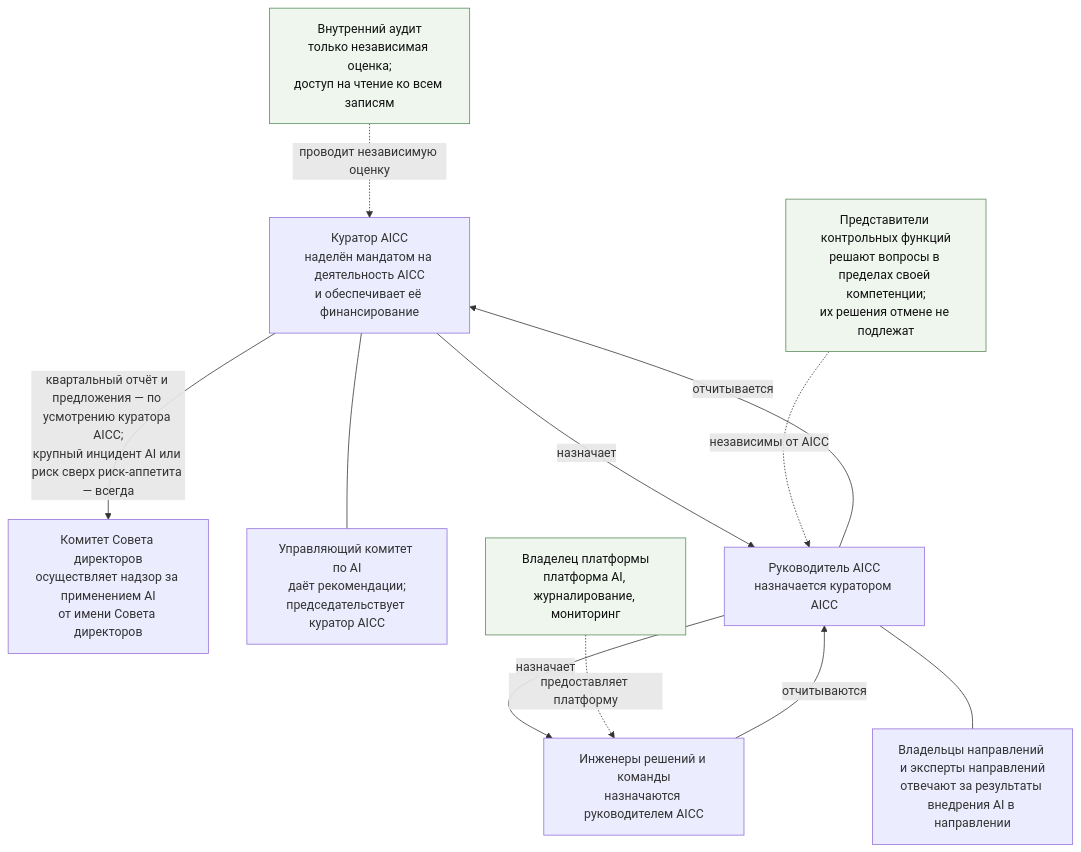
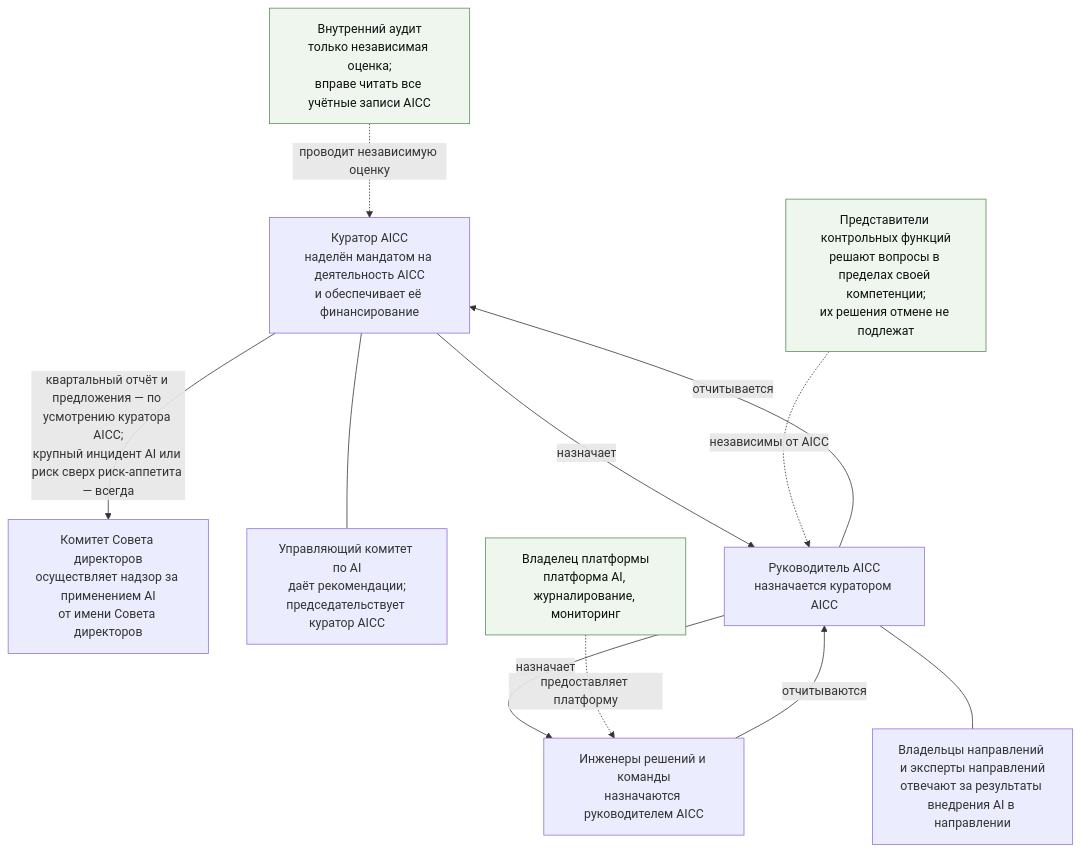
The first of 3 diagrams in charter/ru/guides/unit-governance-guide.md (devhogu/ob-aicc), drawn with Mermaid before and after one commit. The commit also changed other lines of this file and 370 other files, not shown here.

````diff
--- a/charter/ru/guides/unit-governance-guide.md
+++ b/charter/ru/guides/unit-governance-guide.md
@@ -19,24 +19,24 @@
 ```mermaid
 flowchart TB
   BD["Комитет Совета директоров<br/>осуществляет надзор за применением AI<br/>от имени Совета директоров"]
   ES["Куратор AICC<br/>наделён мандатом на деятельность AICC<br/>и обеспечивает её финансирование"]
   AS["Управляющий комитет по AI<br/>даёт рекомендации;<br/>председательствует куратор AICC"]
   AL["Руководитель AICC<br/>назначается куратором AICC"]
   TM["Инженеры решений и команды<br/>назначаются руководителем AICC"]
   DO["Владельцы направлений и эксперты направлений<br/>отвечают за результаты внедрения AI в направлении"]
   CF["Представители контрольных функций<br/>решают вопросы в пределах своей компетенции;<br/>их решения отмене не подлежат"]
   PO["Владелец платформы<br/>платформа AI, журналирование, мониторинг"]
-  IA["Внутренний аудит<br/>только независимая оценка;<br/>доступ на чтение ко всем записям"]
+  IA["Внутренний аудит<br/>только независимая оценка;<br/>вправе читать все учётные записи AICC"]
   ES -->|"назначает"| AL
   ES --- AS
   AL -->|"назначает"| TM
   AL --- DO
   TM -->|"отчитываются"| AL
   AL -->|"отчитывается"| ES
   ES -->|"квартальный отчёт и предложения — по усмотрению куратора AICC;<br/>крупный инцидент AI или риск сверх риск-аппетита — всегда"| BD
   CF -.->|"независимы от AICC"| AL
   PO -.->|"предоставляет платформу"| TM
   IA -.->|"проводит независимую оценку"| ES
   classDef ext fill:#eef6ee,stroke:#5a8a5a,color:#111
   class CF,PO,IA ext
 ```
````
